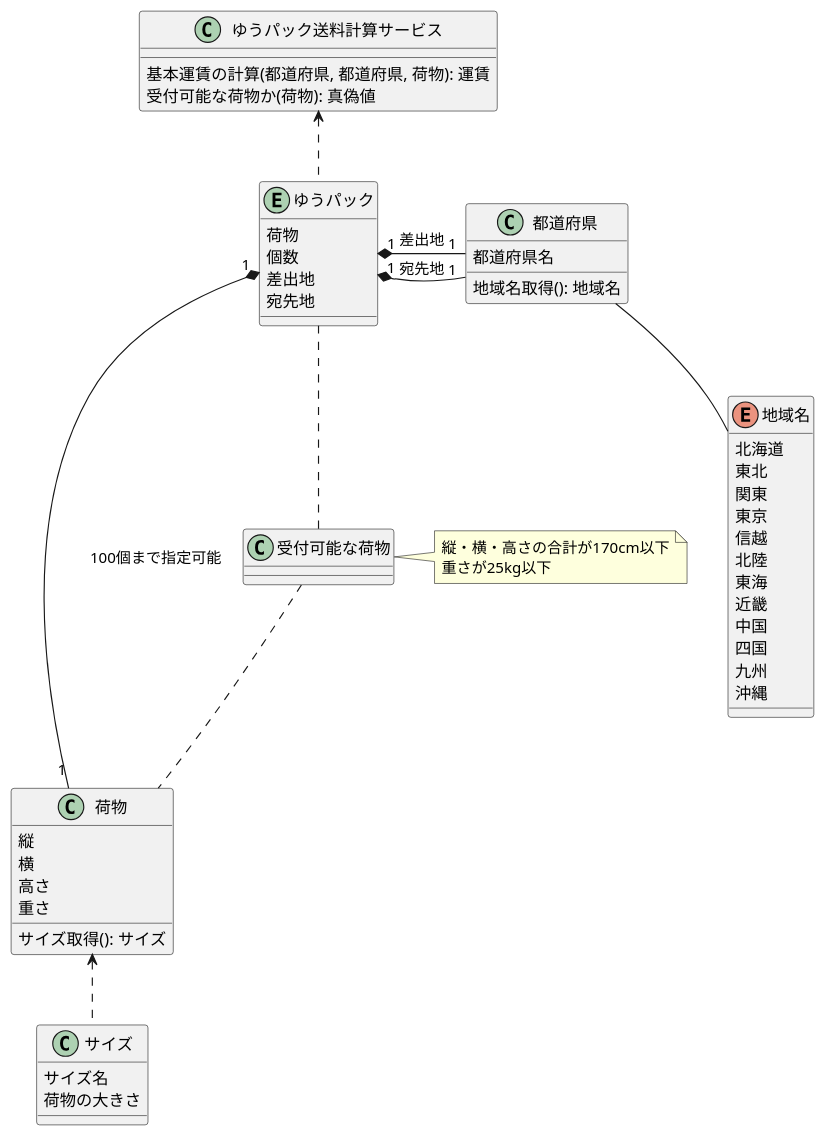
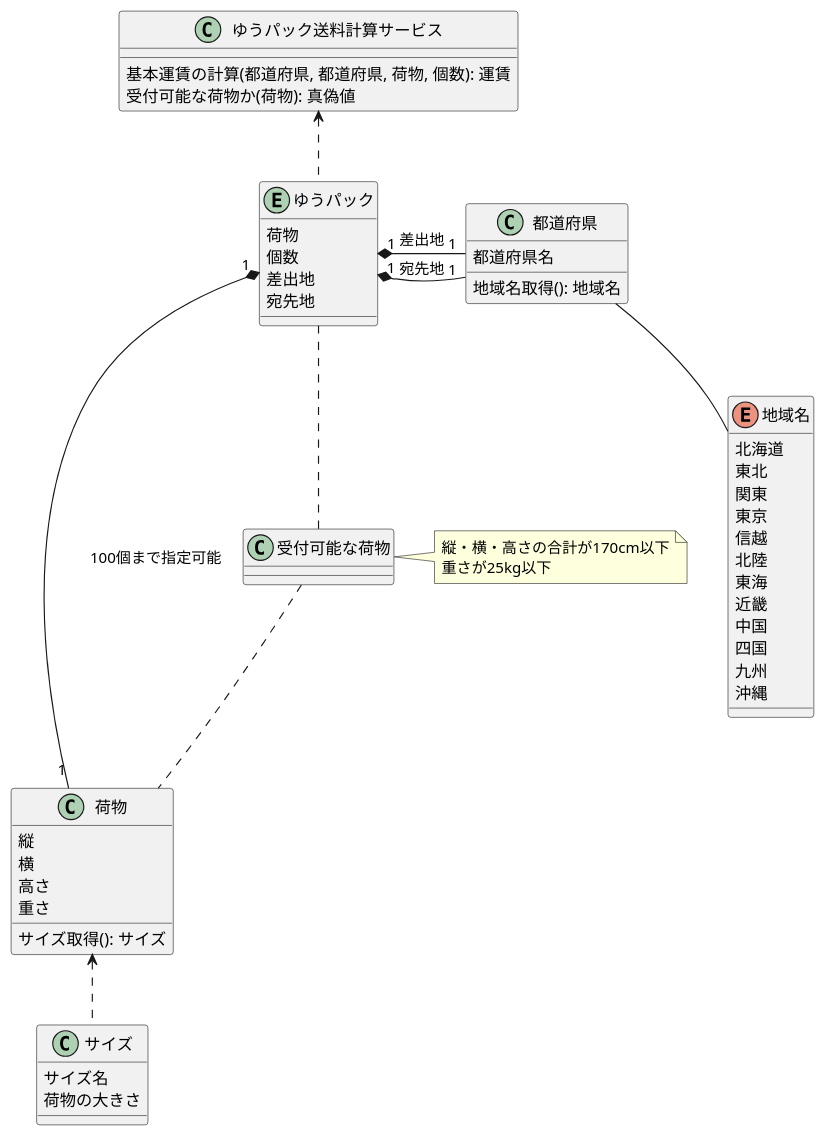
The diagram in document/domain-model.pu (K0K1-0928/20230817_traning), drawn with PlantUML before and after one commit.

Commit message:
サービスを修正

```diff
--- a/document/domain-model.pu
+++ b/document/domain-model.pu
@@ -1,62 +1,62 @@
 @startuml domain-model
 
 entity ゆうパック {
     荷物
     個数
     差出地
     宛先地
 }
 
 class ゆうパック送料計算サービス {
-    基本運賃の計算(都道府県, 都道府県, 荷物): 運賃
+    基本運賃の計算(都道府県, 都道府県, 荷物, 個数): 運賃
     受付可能な荷物か(荷物): 真偽値
 }
 
 class 荷物 {
     縦
     横
     高さ
     重さ
     サイズ取得(): サイズ
 }
 
 class サイズ {
     サイズ名
     荷物の大きさ
 }
 
 class 受付可能な荷物
 
 note "縦・横・高さの合計が170cm以下\n重さが25kg以下" as 荷物仕様
 
 class 都道府県 {
     都道府県名
     地域名取得(): 地域名
 }
 
 enum 地域名 {
     北海道
     東北
     関東
     東京
     信越
     北陸
     東海
     近畿
     中国
     四国
     九州
     沖縄
 }
 
 ゆうパック送料計算サービス <.. ゆうパック
 ゆうパック "1" *- "1" 荷物 : 100個まで指定可能
 荷物 <.. サイズ
 ゆうパック .. 受付可能な荷物
 受付可能な荷物 <- 荷物仕様
 受付可能な荷物 .. 荷物
 ゆうパック "1" *- "1" 都道府県 : 差出地
 ゆうパック "1" *- "1" 都道府県 : 宛先地
 都道府県 -- 地域名
 
 @enduml
```
